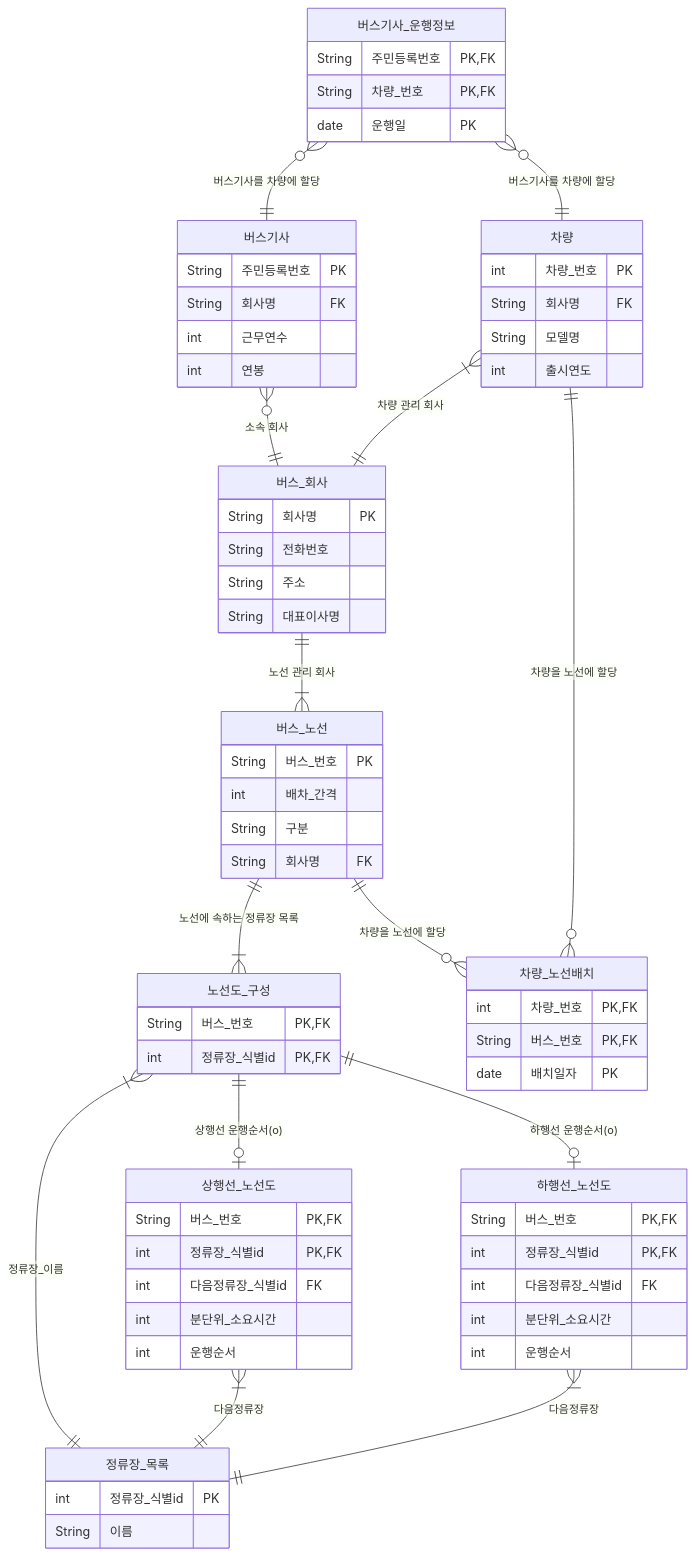
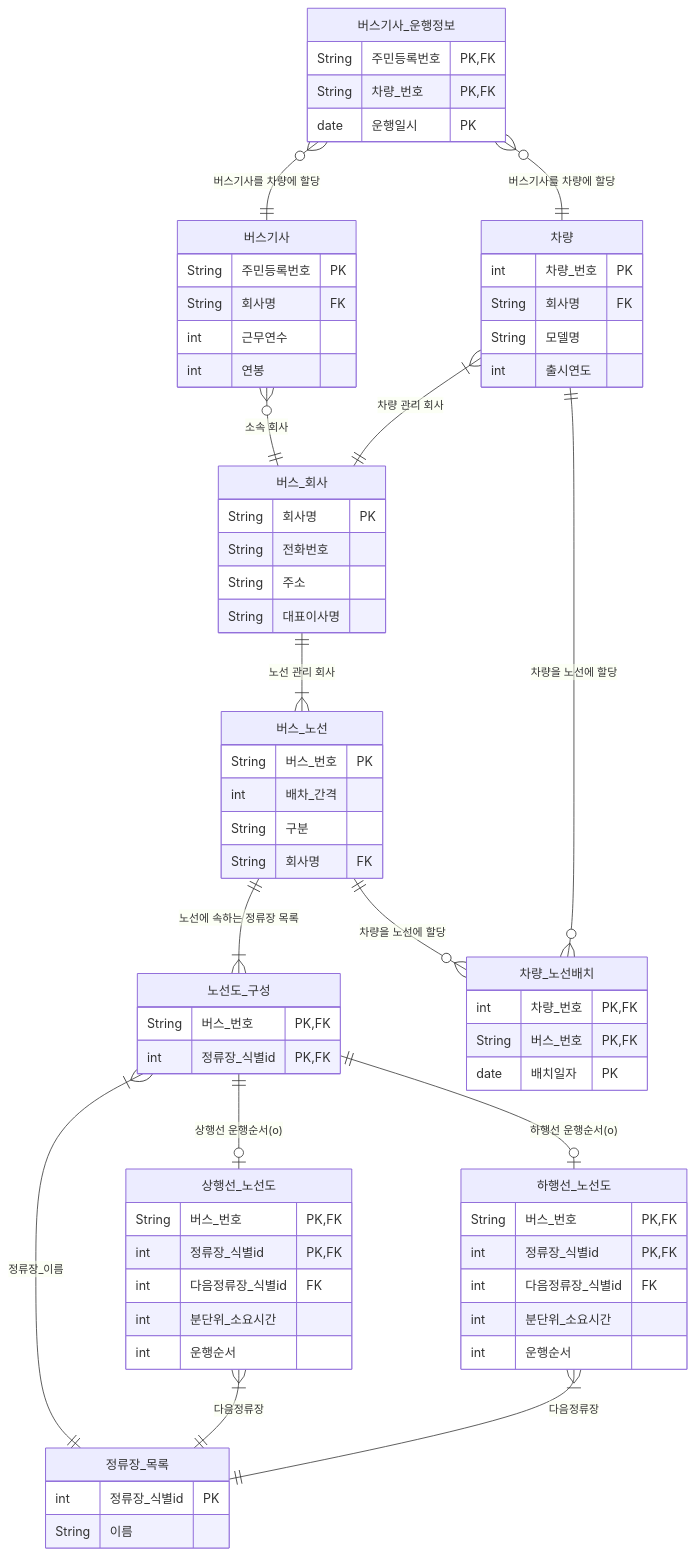
Before and after one commit to zerojun040329-eng/test-260401: the second of 2 diagrams in README.md, drawn with Mermaid.

````diff
--- a/README.md
+++ b/README.md
@@ -67,73 +67,73 @@
 ```mermaid
 erDiagram
   버스_노선 {
     String 버스_번호 PK
     int 배차_간격 
     String 구분
     String 회사명 FK
   }
   정류장_목록 {
     int 정류장_식별id PK
     String 이름
   }
   노선도_구성 {
     String 버스_번호 PK, FK
     int 정류장_식별id PK, FK
   }
   상행선_노선도 {
     String 버스_번호 PK, FK
     int 정류장_식별id PK, FK
     int 다음정류장_식별id FK
     int 분단위_소요시간
     int 운행순서
   }
   하행선_노선도 {
     String 버스_번호 PK, FK
     int 정류장_식별id PK, FK
     int 다음정류장_식별id FK
     int 분단위_소요시간
     int 운행순서
   }
   버스_회사 {
     String 회사명 PK
     String 전화번호
     String 주소
     String 대표이사명
   }
   차량 {
     int 차량_번호 PK
     String 회사명 FK
     String 모델명
     int 출시연도
   }
   차량_노선배치 {
     int 차량_번호 PK, FK
     String 버스_번호 PK, FK
     date 배치일자 PK
   }
   버스기사 {
     String 주민등록번호 PK
     String 회사명 FK
     int 근무연수
     int 연봉
   }
   버스기사_운행정보 {
     String 주민등록번호 PK, FK
     String 차량_번호 PK, FK
-    date 운행일 PK
+    date 운행일시 PK
   }
 
   버스_회사 ||--|{ 버스_노선 : "노선 관리 회사"
   차량 |{--|| 버스_회사 : "차량 관리 회사"
   버스_노선 ||--|{ 노선도_구성 : "노선에 속하는 정류장 목록"
   노선도_구성 |{--|| 정류장_목록 : "정류장_이름"
   노선도_구성 ||--o| 상행선_노선도 : "상행선 운행순서(o)"
   노선도_구성 ||--o| 하행선_노선도 : "하행선 운행순서(o)"
   상행선_노선도 |{--|| 정류장_목록 : "다음정류장"
   하행선_노선도 |{--|| 정류장_목록 : "다음정류장"
   버스기사_운행정보 o{--|| 버스기사 : "버스기사를 차량에 할당"
   버스기사_운행정보 o{--|| 차량 : "버스기사를 차량에 할당"
   버스_노선 ||--o{ 차량_노선배치 : "차량을 노선에 할당"
   차량 ||--o{ 차량_노선배치 : "차량을 노선에 할당"
   버스기사 o{--|| 버스_회사 : "소속 회사"
 ```
````
